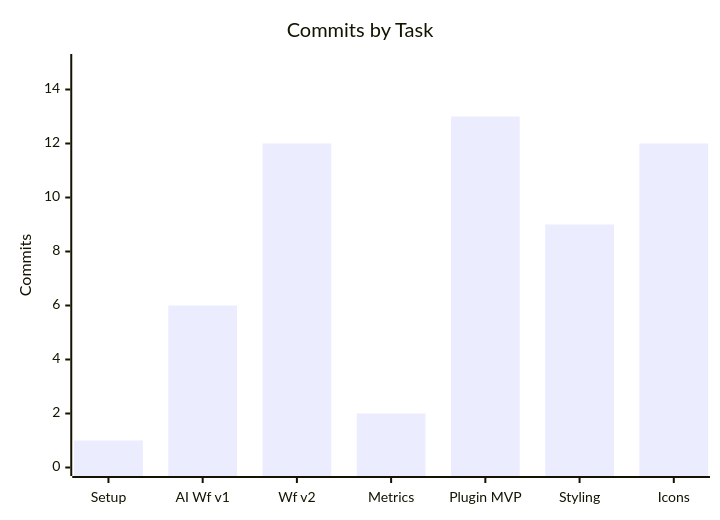
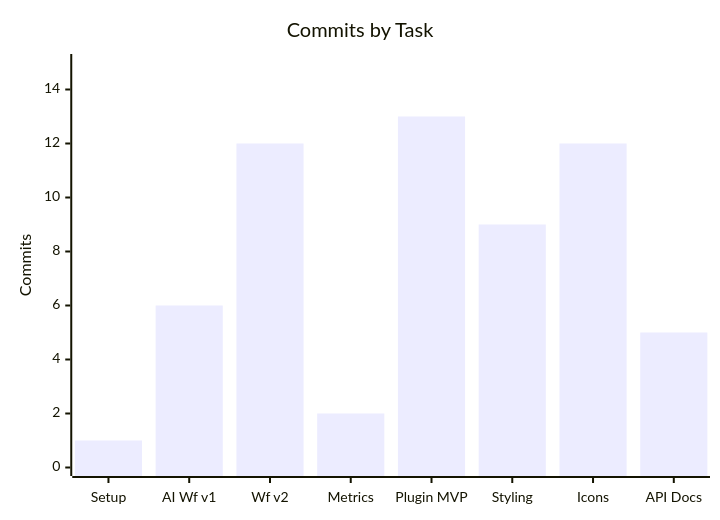
One commit to atlantdak/claude-code-hackathon-xbo-market-kit changed the second of 7 diagrams in README.md. Above: the diagram before and after it, drawn with Mermaid. The commit also changed other lines of this file and 5 other files, not shown here.

````diff
--- a/README.md
+++ b/README.md
@@ -70,7 +72,7 @@
 ```mermaid
 xychart-beta
     title "Commits by Task"
-    x-axis ["Setup", "AI Wf v1", "Wf v2", "Metrics", "Plugin MVP", "Styling", "Icons"]
+    x-axis ["Setup", "AI Wf v1", "Wf v2", "Metrics", "Plugin MVP", "Styling", "Icons", "API Docs"]
     y-axis "Commits" 0 --> 15
-    bar [1, 6, 12, 2, 13, 9, 12]
+    bar [1, 6, 12, 2, 13, 9, 12, 5]
 ```
````
